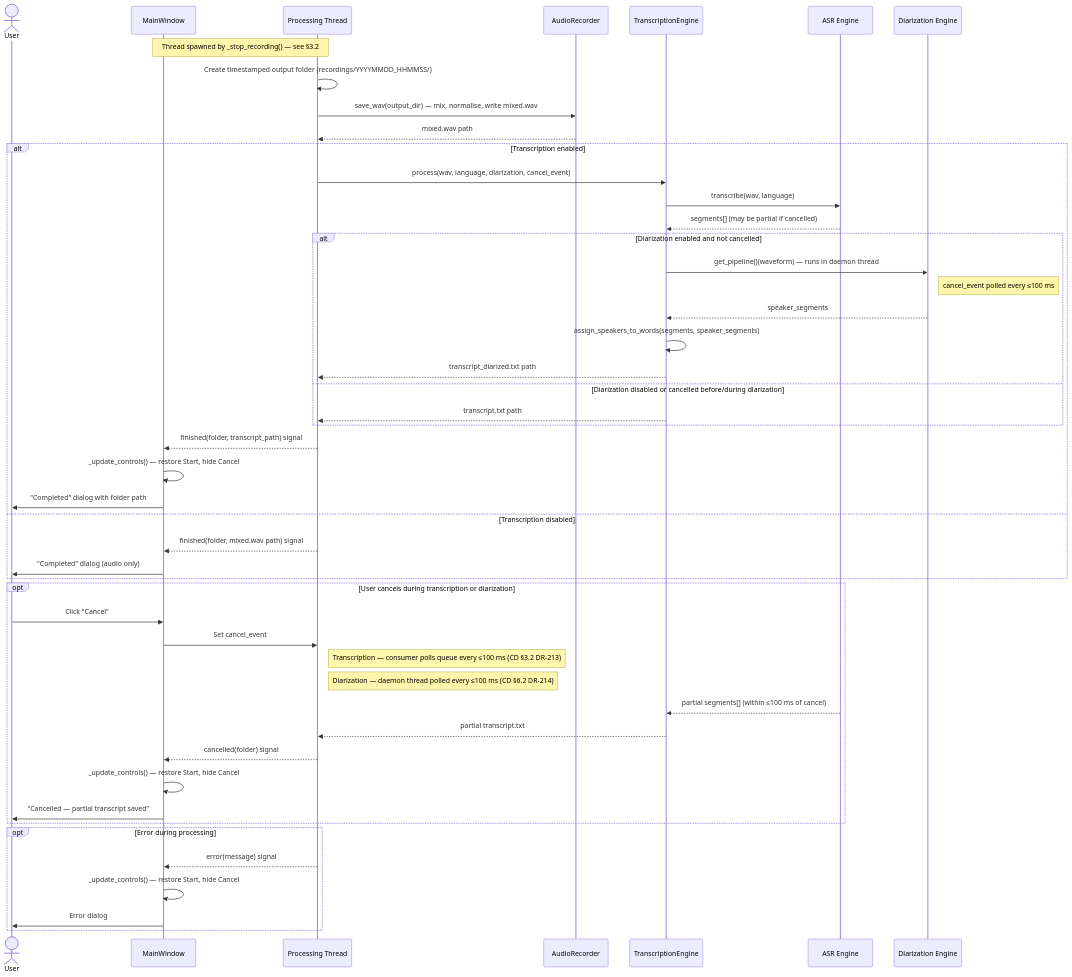
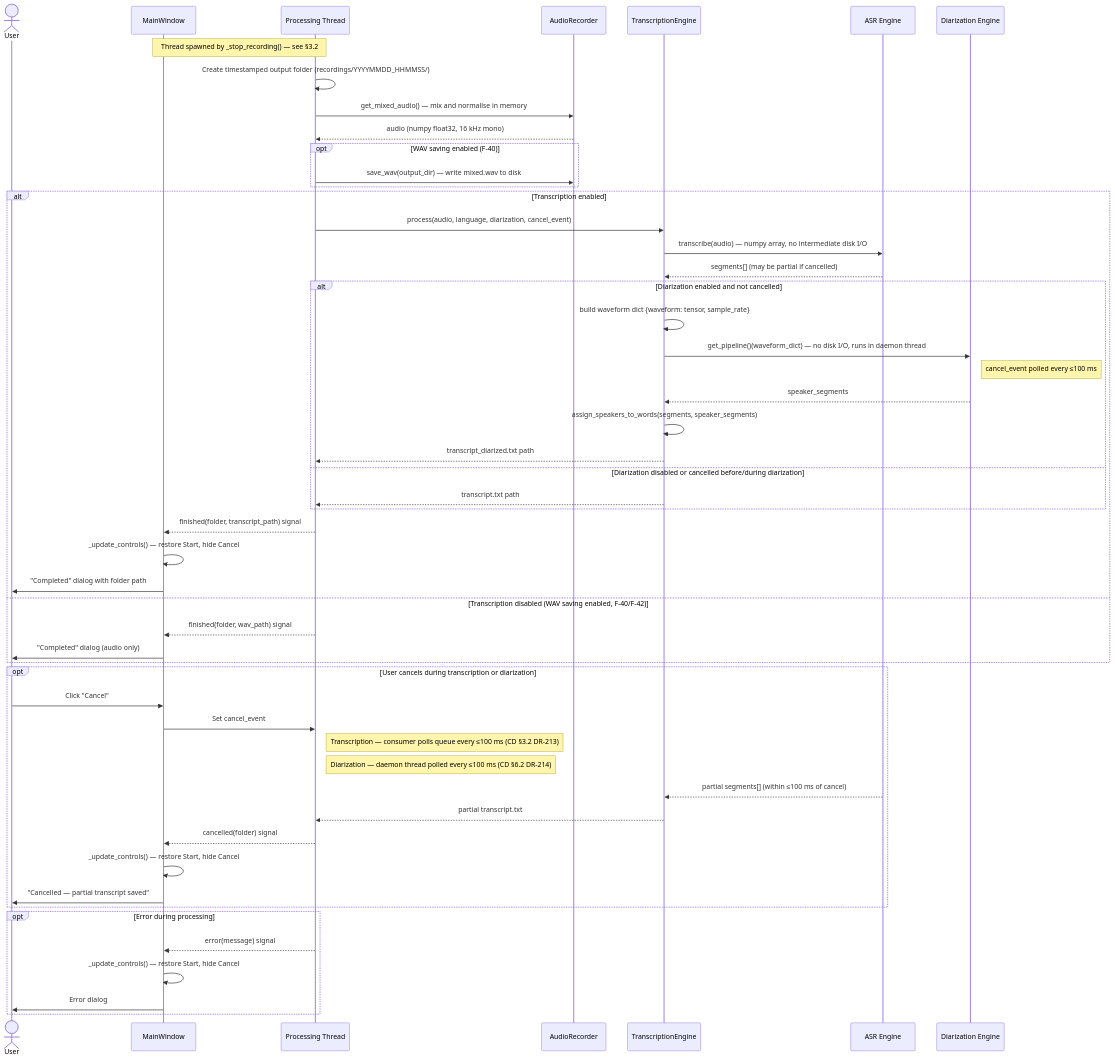
The fourth of 10 diagrams in docs/ARCHITECTURE.md (edoardomazzella/meeting-transcriber), drawn with Mermaid before and after one commit. The commit also changed other lines of this file and 7 other files, not shown here.

````diff
--- a/docs/ARCHITECTURE.md
+++ b/docs/ARCHITECTURE.md
@@ -193,56 +194,61 @@
 ```mermaid
 sequenceDiagram
     actor User
     participant GUI as MainWindow
     participant BG as Processing Thread
     participant Rec as AudioRecorder
     participant TE as TranscriptionEngine
     participant ASR as ASR Engine
     participant Dia as Diarization Engine
 
     Note over GUI,BG: Thread spawned by _stop_recording() — see §3.2
     BG->>BG: Create timestamped output folder (recordings/YYYYMMDD_HHMMSS/)
-    BG->>Rec: save_wav(output_dir) — mix, normalise, write mixed.wav
-    Rec-->>BG: mixed.wav path
+    BG->>Rec: get_mixed_audio() — mix and normalise in memory
+    Rec-->>BG: audio (numpy float32, 16 kHz mono)
+
+    opt WAV saving enabled (F-40)
+        BG->>Rec: save_wav(output_dir) — write mixed.wav to disk
+    end
 
     alt Transcription enabled
-        BG->>TE: process(wav, language, diarization, cancel_event)
-        TE->>ASR: transcribe(wav, language)
+        BG->>TE: process(audio, language, diarization, cancel_event)
+        TE->>ASR: transcribe(audio) — numpy array, no intermediate disk I/O
         ASR-->>TE: segments[] (may be partial if cancelled)
 
         alt Diarization enabled and not cancelled
-            TE->>Dia: get_pipeline()(waveform) — runs in daemon thread
+            TE->>TE: build waveform dict {waveform: tensor, sample_rate}
+            TE->>Dia: get_pipeline()(waveform_dict) — no disk I/O, runs in daemon thread
             Note right of Dia: cancel_event polled every ≤100 ms
             Dia-->>TE: speaker_segments
             TE->>TE: assign_speakers_to_words(segments, speaker_segments)
             TE-->>BG: transcript_diarized.txt path
         else Diarization disabled or cancelled before/during diarization
             TE-->>BG: transcript.txt path
         end
 
         BG-->>GUI: finished(folder, transcript_path) signal
         GUI->>GUI: _update_controls() — restore Start, hide Cancel
         GUI->>User: "Completed" dialog with folder path
-    else Transcription disabled
-        BG-->>GUI: finished(folder, mixed.wav path) signal
+    else Transcription disabled (WAV saving enabled, F-40/F-42)
+        BG-->>GUI: finished(folder, wav_path) signal
         GUI->>User: "Completed" dialog (audio only)
     end
 
     opt User cancels during transcription or diarization
         User->>GUI: Click "Cancel"
         GUI->>BG: Set cancel_event
         Note right of BG: Transcription — consumer polls queue every ≤100 ms (CD §3.2 DR-213)
         Note right of BG: Diarization — daemon thread polled every ≤100 ms (CD §6.2 DR-214)
         ASR-->>TE: partial segments[] (within ≤100 ms of cancel)
         TE-->>BG: partial transcript.txt
         BG-->>GUI: cancelled(folder) signal
         GUI->>GUI: _update_controls() — restore Start, hide Cancel
         GUI->>User: "Cancelled — partial transcript saved"
     end
 
     opt Error during processing
         BG-->>GUI: error(message) signal
         GUI->>GUI: _update_controls() — restore Start, hide Cancel
         GUI->>User: Error dialog
     end
 ```
````
